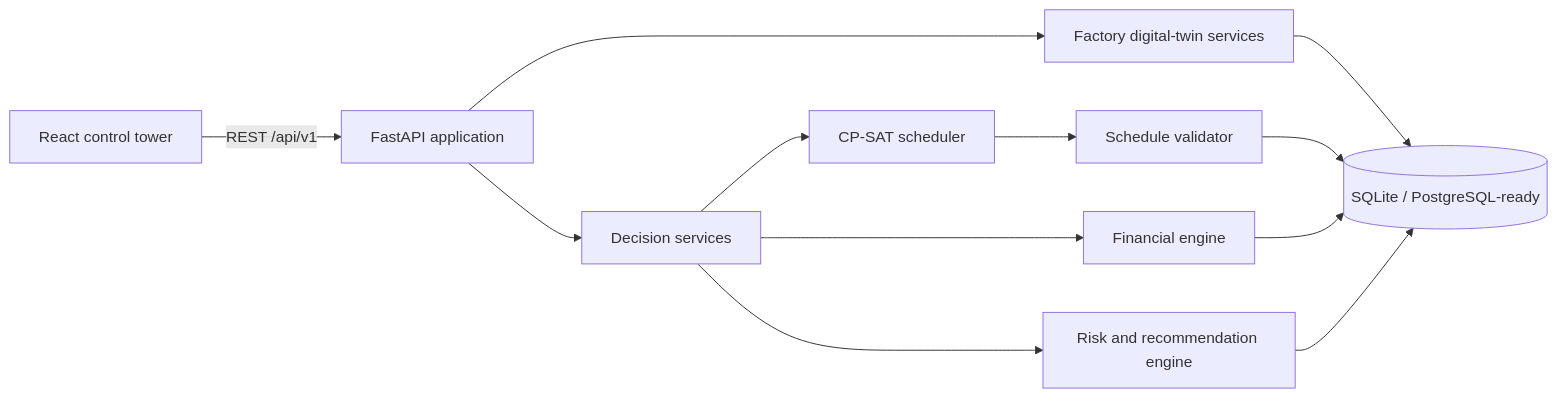
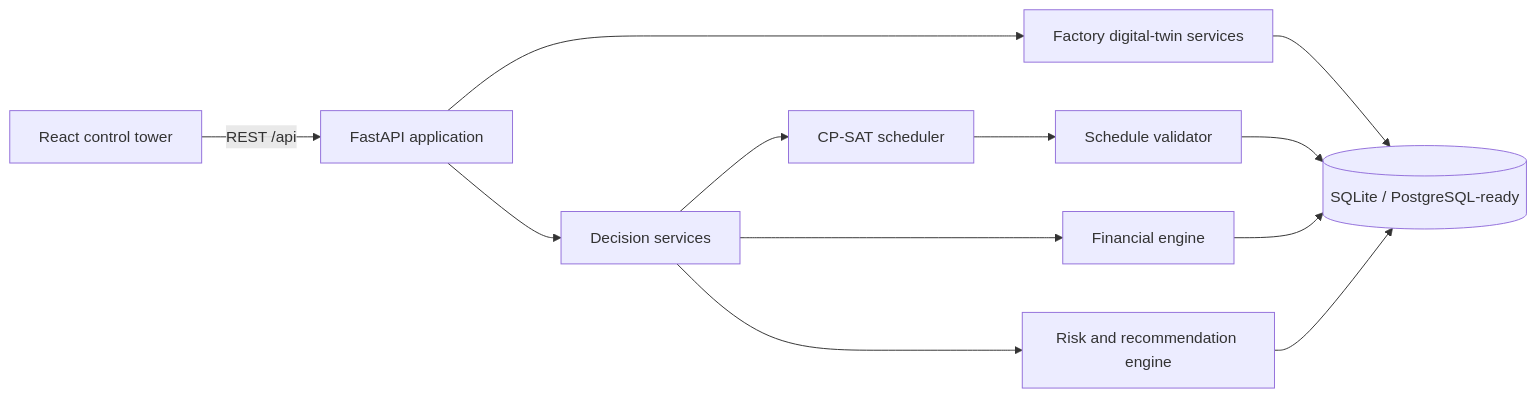
One commit to rajath0045/SmartForge-AI changed the diagram in docs/architecture.md. Above: the diagram before and after it, drawn with Mermaid. The commit also changed other lines of this file and 26 other files, not shown here.

Commit message:
Polish industrial control tower and production deployment

````diff
--- a/docs/architecture.md
+++ b/docs/architecture.md
@@ -7,14 +7,14 @@
 ```mermaid
 flowchart LR
-    UI[React control tower] -->|REST /api/v1| API[FastAPI application]
+    UI[React control tower] -->|REST /api| API[FastAPI application]
     API --> DT[Factory digital-twin services]
     API --> DEC[Decision services]
     DT --> DB[(SQLite / PostgreSQL-ready)]
     DEC --> OPT[CP-SAT scheduler]
     DEC --> FIN[Financial engine]
     DEC --> RISK[Risk and recommendation engine]
     OPT --> VAL[Schedule validator]
     VAL --> DB
     FIN --> DB
     RISK --> DB
 ```
````
